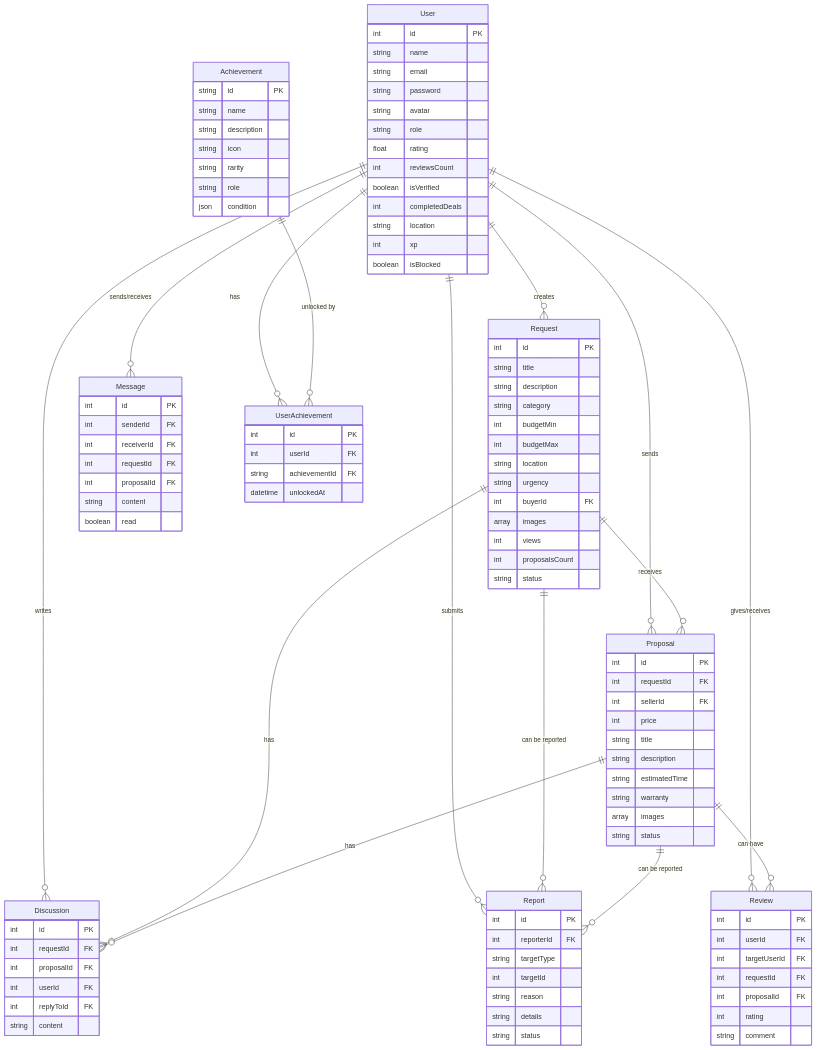
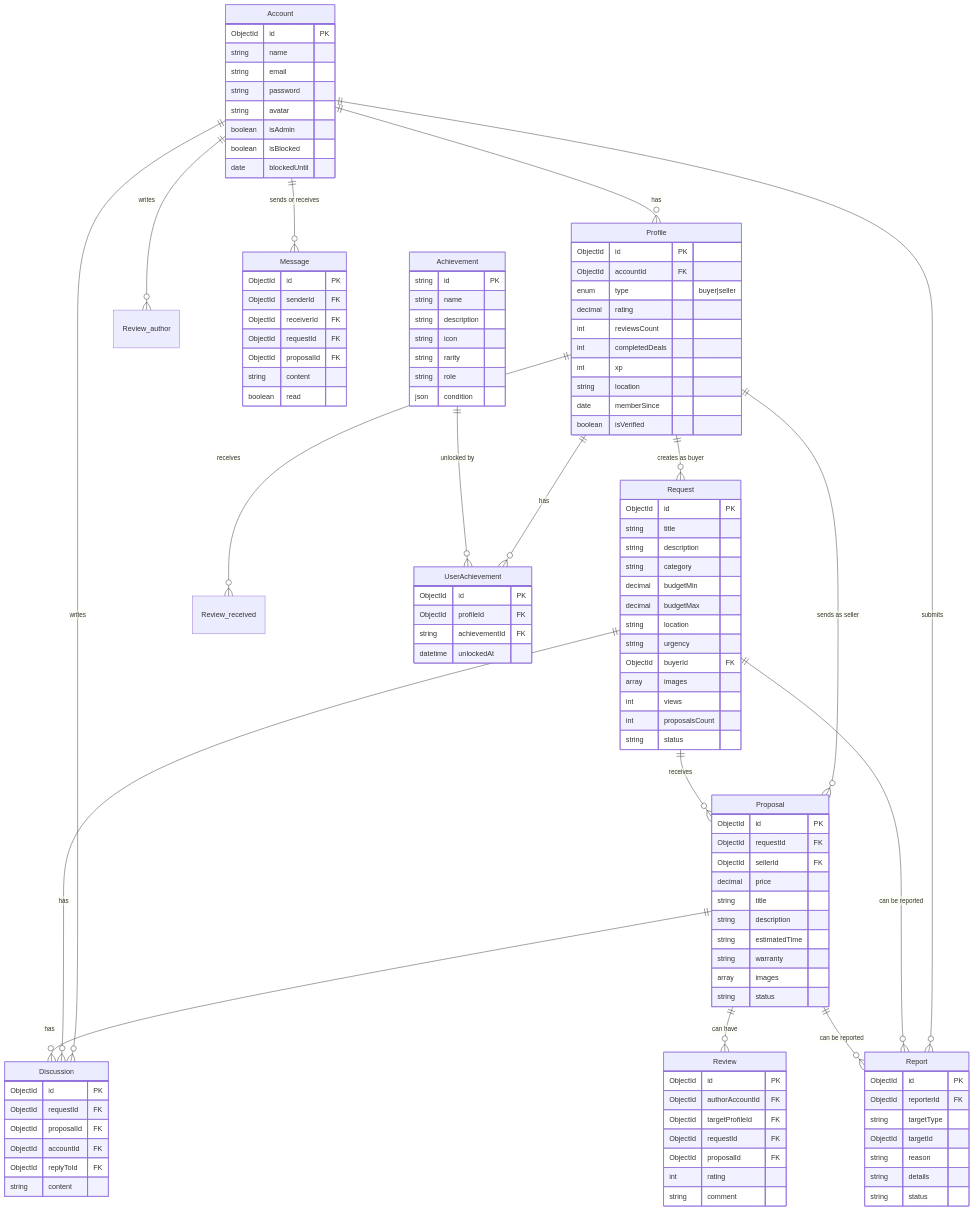
Before and after one commit to AndriiMelnikk/hochu_next: the first of 3 diagrams in docs/BACKEND_API.md, drawn with Mermaid. The commit also changed other lines of this file and 3 other files, not shown here.

First line of the commit message:
feat(user): enrich user profile with reputation and verification data

````diff
--- a/docs/BACKEND_API.md
+++ b/docs/BACKEND_API.md
@@ -236,12 +242,14 @@
 ```mermaid
 erDiagram
-    User ||--o{ Request : creates
-    User ||--o{ Proposal : sends
-    User ||--o{ Review : "gives/receives"
-    User ||--o{ Message : "sends/receives"
-    User ||--o{ Discussion : writes
-    User ||--o{ Report : submits
-    User ||--o{ UserAchievement : has
+    Account ||--o{ Profile : has
+    Profile ||--o{ Request : "creates as buyer"
+    Profile ||--o{ Proposal : "sends as seller"
+    Profile ||--o{ Review_received : "receives"
+    Account ||--o{ Review_author : "writes"
+    Account ||--o{ Message : "sends or receives"
+    Account ||--o{ Discussion : writes
+    Account ||--o{ Report : submits
+    Profile ||--o{ UserAchievement : has
 
     Request ||--o{ Proposal : receives
     Request ||--o{ Discussion : has
@@ -253,16 +261,40 @@
 
     Achievement ||--o{ UserAchievement : "unlocked by"
 
+    Account {
+        ObjectId id PK
+        string name
+        string email
+        string password
+        string avatar
+        boolean isAdmin
+        boolean isBlocked
+        date blockedUntil
+    }
+
+    Profile {
+        ObjectId id PK
+        ObjectId accountId FK
+        enum type "buyer|seller"
+        decimal rating
+        int reviewsCount
+        int completedDeals
+        int xp
+        string location
+        date memberSince
+        boolean isVerified
+    }
+
     Request {
-        int id PK
+        ObjectId id PK
         string title
         string description
         string category
-        int budgetMin
-        int budgetMax
+        decimal budgetMin
+        decimal budgetMax
         string location
         string urgency
-        int buyerId FK
+        ObjectId buyerId FK
         array images
         int views
         int proposalsCount
@@ -270,10 +302,10 @@
     }
 
     Proposal {
-        int id PK
-        int requestId FK
-        int sellerId FK
-        int price
+        ObjectId id PK
+        ObjectId requestId FK
+        ObjectId sellerId FK
+        decimal price
         string title
         string description
         string estimatedTime
@@ -282,56 +314,40 @@
         string status
     }
 
-    User {
-        int id PK
-        string name
-        string email
-        string password
-        string avatar
-        string role
-        float rating
-        int reviewsCount
-        boolean isVerified
-        int completedDeals
-        string location
-        int xp
-        boolean isBlocked
-    }
-
     Review {
-        int id PK
-        int userId FK
-        int targetUserId FK
-        int requestId FK
-        int proposalId FK
+        ObjectId id PK
+        ObjectId authorAccountId FK
+        ObjectId targetProfileId FK
+        ObjectId requestId FK
+        ObjectId proposalId FK
         int rating
         string comment
     }
 
     Message {
-        int id PK
-        int senderId FK
-        int receiverId FK
-        int requestId FK
-        int proposalId FK
+        ObjectId id PK
+        ObjectId senderId FK
+        ObjectId receiverId FK
+        ObjectId requestId FK
+        ObjectId proposalId FK
         string content
         boolean read
     }
 
     Discussion {
-        int id PK
-        int requestId FK
-        int proposalId FK
-        int userId FK
-        int replyToId FK
+        ObjectId id PK
+        ObjectId requestId FK
+        ObjectId proposalId FK
+        ObjectId accountId FK
+        ObjectId replyToId FK
         string content
     }
 
     Report {
-        int id PK
-        int reporterId FK
+        ObjectId id PK
+        ObjectId reporterId FK
         string targetType
-        int targetId
+        ObjectId targetId
         string reason
         string details
         string status
@@ -348,8 +364,8 @@
     }
 
     UserAchievement {
-        int id PK
-        int userId FK
+        ObjectId id PK
+        ObjectId profileId FK
         string achievementId FK
         datetime unlockedAt
     }
````
